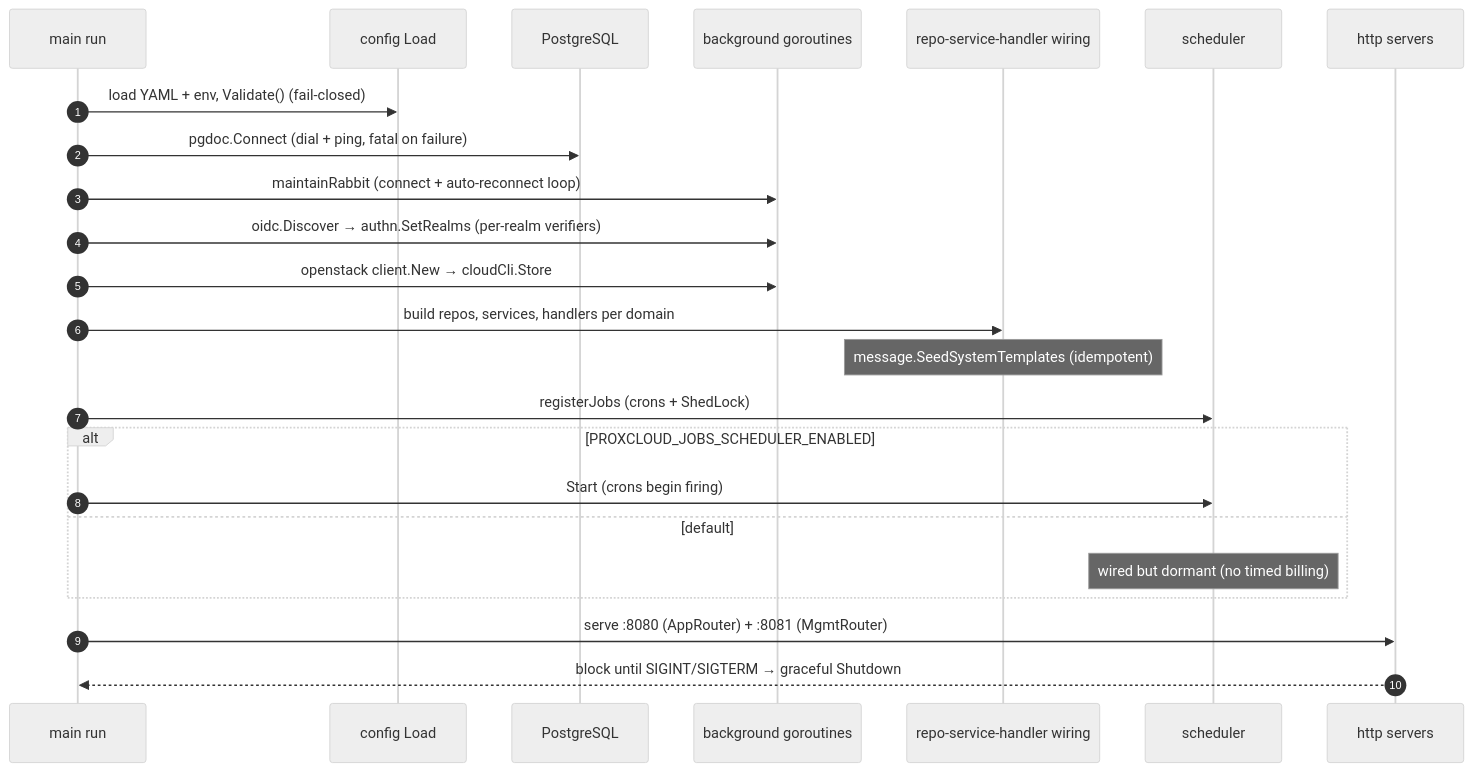
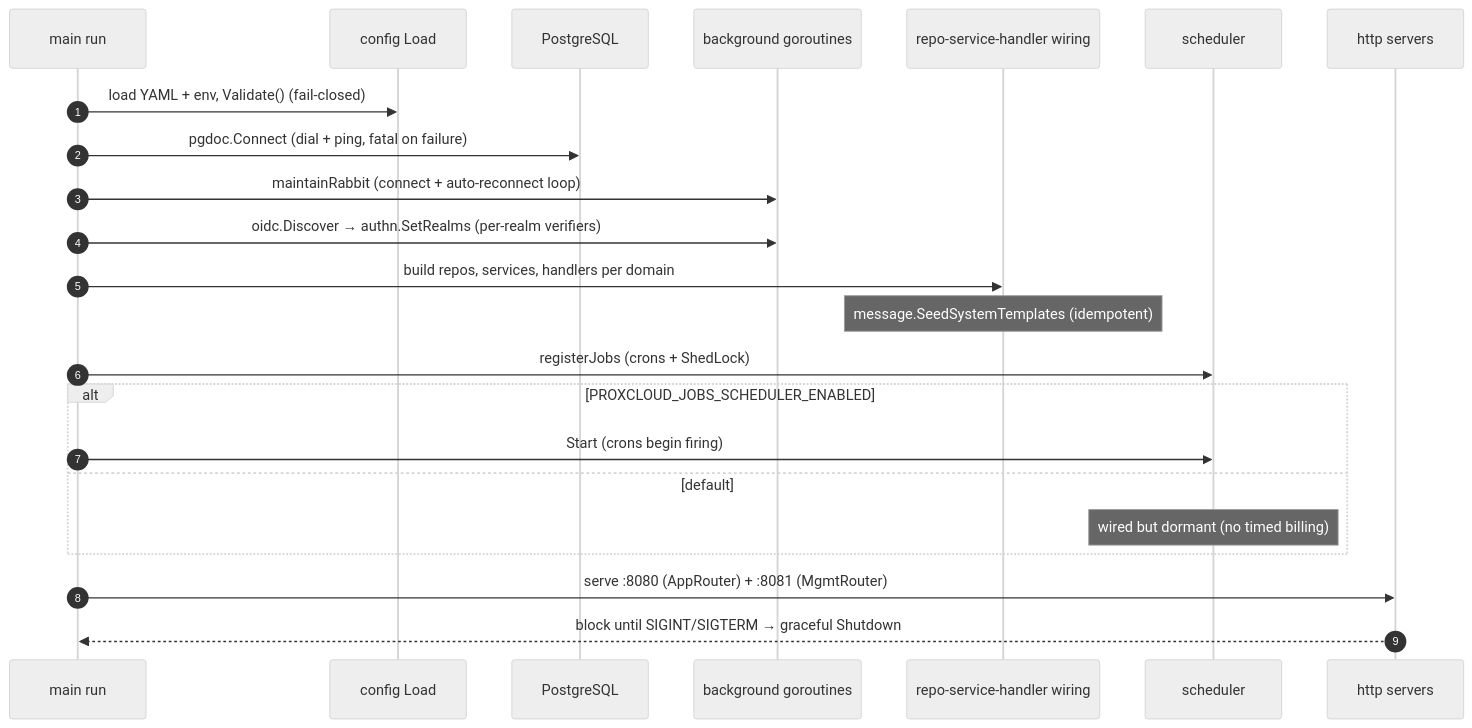
The second of 7 diagrams in docs/architecture.md (mutex-solutions/proxcloud), drawn with Mermaid (neutral theme) before and after one commit. The commit also changed other lines of this file and 44 other files, not shown here.

````diff
--- a/docs/architecture.md
+++ b/docs/architecture.md
@@ -80,27 +82,26 @@
 ```mermaid
 sequenceDiagram
     autonumber
     participant M as main run
     participant Cfg as config Load
     participant PG as PostgreSQL
     participant BG as background goroutines
     participant Wire as repo-service-handler wiring
     participant Sched as scheduler
     participant Srv as http servers
 
     M->>Cfg: load YAML + env, Validate() (fail-closed)
     M->>PG: pgdoc.Connect (dial + ping, fatal on failure)
     M->>BG: maintainRabbit (connect + auto-reconnect loop)
     M->>BG: oidc.Discover → authn.SetRealms (per-realm verifiers)
-    M->>BG: openstack client.New → cloudCli.Store
     M->>Wire: build repos, services, handlers per domain
     Note over Wire: message.SeedSystemTemplates (idempotent)
     M->>Sched: registerJobs (crons + ShedLock)
     alt PROXCLOUD_JOBS_SCHEDULER_ENABLED
         M->>Sched: Start (crons begin firing)
     else default
         Note over Sched: wired but dormant (no timed billing)
     end
     M->>Srv: serve :8080 (AppRouter) + :8081 (MgmtRouter)
     Srv-->>M: block until SIGINT/SIGTERM → graceful Shutdown
 ```
````
